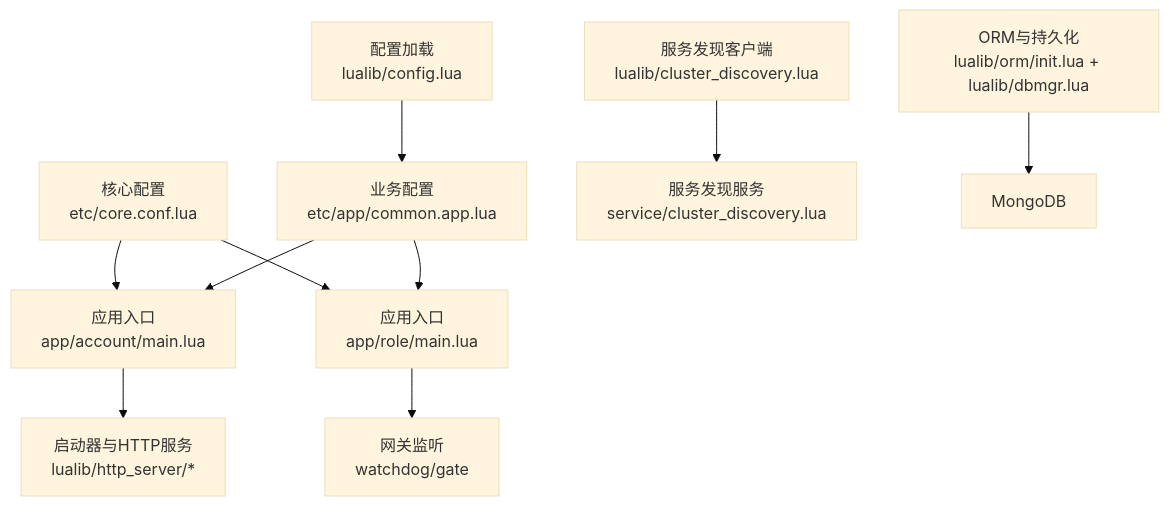
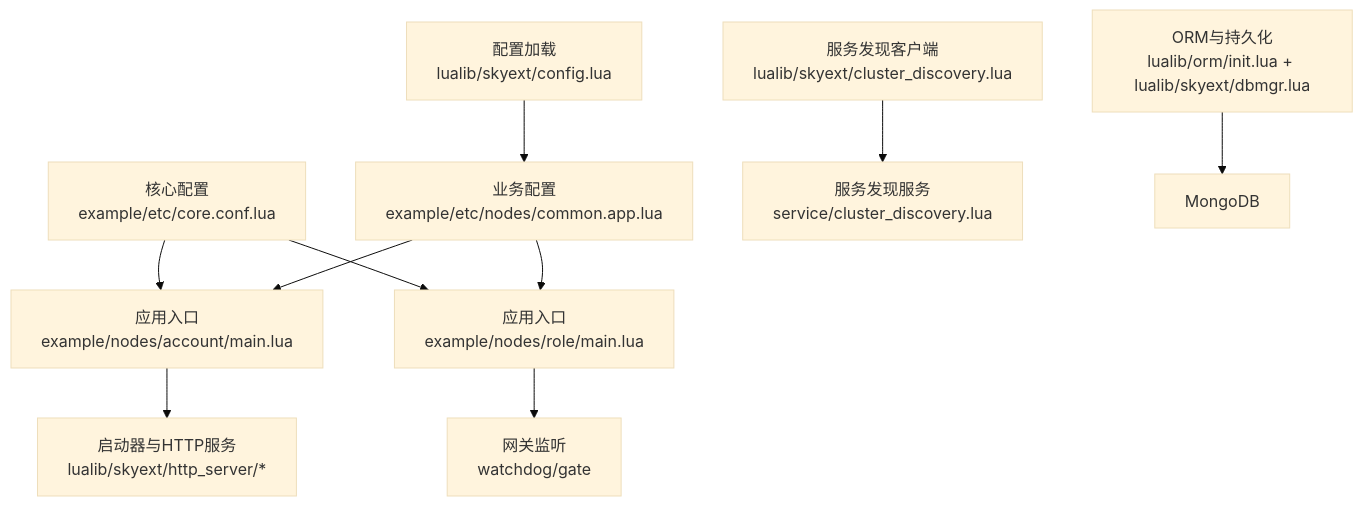
The first of 8 diagrams in docs/repowiki/zh/content/项目概述.md (hanxi/skyext), drawn with Mermaid (base theme) before and after one commit. The commit also changed other lines of this file and 117 other files, not shown here.

````diff
--- a/docs/repowiki/zh/content/项目概述.md
+++ b/docs/repowiki/zh/content/项目概述.md
@@ -46,12 +46,12 @@
 ```mermaid
 graph TB
-A["应用入口<br/>app/account/main.lua"] --> B["启动器与HTTP服务<br/>lualib/http_server/*"]
-C["应用入口<br/>app/role/main.lua"] --> D["网关监听<br/>watchdog/gate"]
-E["核心配置<br/>etc/core.conf.lua"] --> A
+A["应用入口<br/>example/nodes/account/main.lua"] --> B["启动器与HTTP服务<br/>lualib/skyext/http_server/*"]
+C["应用入口<br/>example/nodes/role/main.lua"] --> D["网关监听<br/>watchdog/gate"]
+E["核心配置<br/>example/etc/core.conf.lua"] --> A
 E --> C
-F["业务配置<br/>etc/app/common.app.lua"] --> A
+F["业务配置<br/>example/etc/nodes/common.app.lua"] --> A
 F --> C
-G["服务发现客户端<br/>lualib/cluster_discovery.lua"] --> H["服务发现服务<br/>service/cluster_discovery.lua"]
-I["ORM与持久化<br/>lualib/orm/init.lua + lualib/dbmgr.lua"] --> J["MongoDB"]
-K["配置加载<br/>lualib/config.lua"] --> F
+G["服务发现客户端<br/>lualib/skyext/cluster_discovery.lua"] --> H["服务发现服务<br/>service/cluster_discovery.lua"]
+I["ORM与持久化<br/>lualib/orm/init.lua + lualib/skyext/dbmgr.lua"] --> J["MongoDB"]
+K["配置加载<br/>lualib/skyext/config.lua"] --> F
 ```
````
